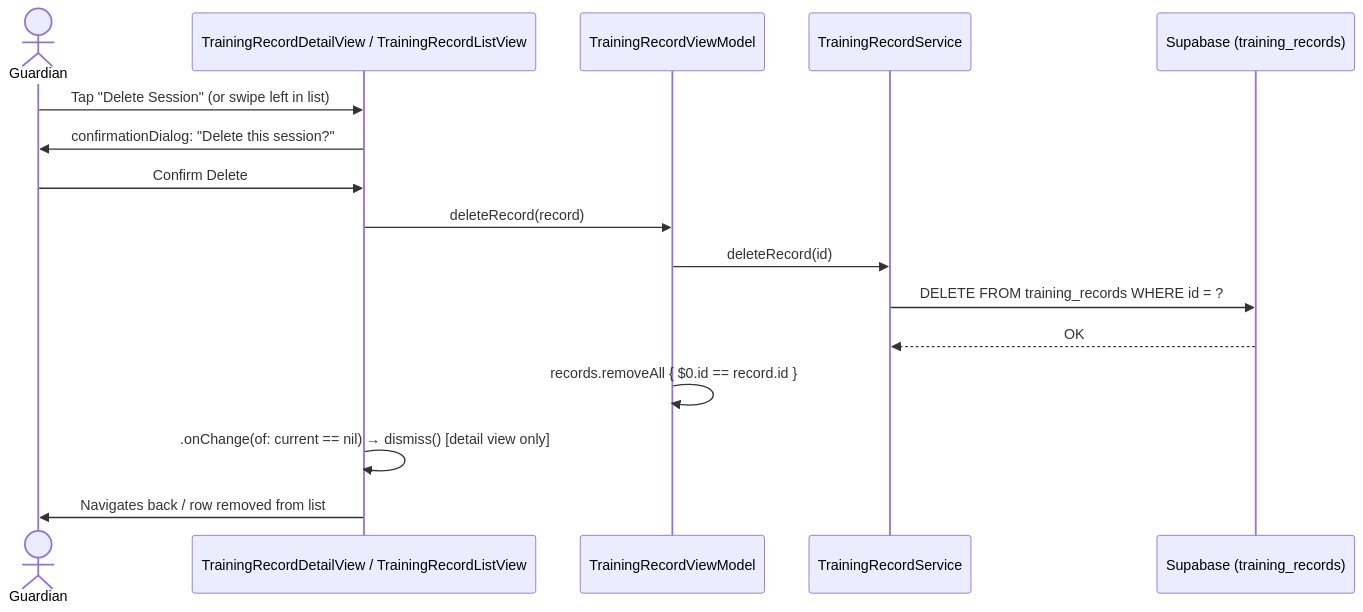
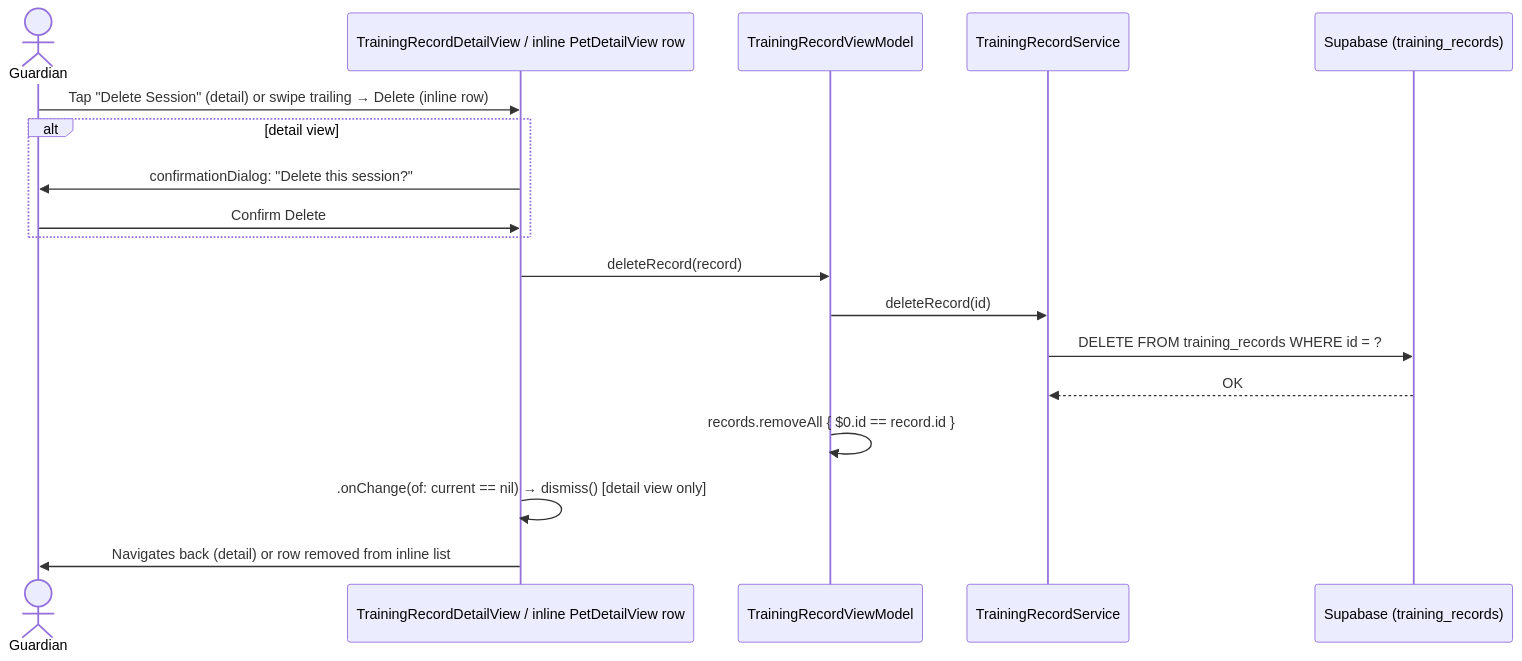
Before and after one commit to markculley/HoundHabit: the fifth of 5 diagrams in docs/use_cases/log_training.md, drawn with Mermaid. The commit also changed other lines of this file and 13 other files, not shown here.

````diff
--- a/docs/use_cases/log_training.md
+++ b/docs/use_cases/log_training.md
@@ -120,19 +136,21 @@
 ```mermaid
 sequenceDiagram
     actor G as Guardian
-    participant UI as TrainingRecordDetailView / TrainingRecordListView
+    participant UI as TrainingRecordDetailView / inline PetDetailView row
     participant VM as TrainingRecordViewModel
     participant SVC as TrainingRecordService
     participant DB as Supabase (training_records)
 
-    G->>UI: Tap "Delete Session" (or swipe left in list)
-    UI->>G: confirmationDialog: "Delete this session?"
-    G->>UI: Confirm Delete
+    G->>UI: Tap "Delete Session" (detail) or swipe trailing → Delete (inline row)
+    alt detail view
+        UI->>G: confirmationDialog: "Delete this session?"
+        G->>UI: Confirm Delete
+    end
     UI->>VM: deleteRecord(record)
     VM->>SVC: deleteRecord(id)
     SVC->>DB: DELETE FROM training_records WHERE id = ?
     DB-->>SVC: OK
     VM->>VM: records.removeAll { $0.id == record.id }
     UI->>UI: .onChange(of: current == nil) → dismiss() [detail view only]
-    UI->>G: Navigates back / row removed from list
+    UI->>G: Navigates back (detail) or row removed from inline list
 ```
````
